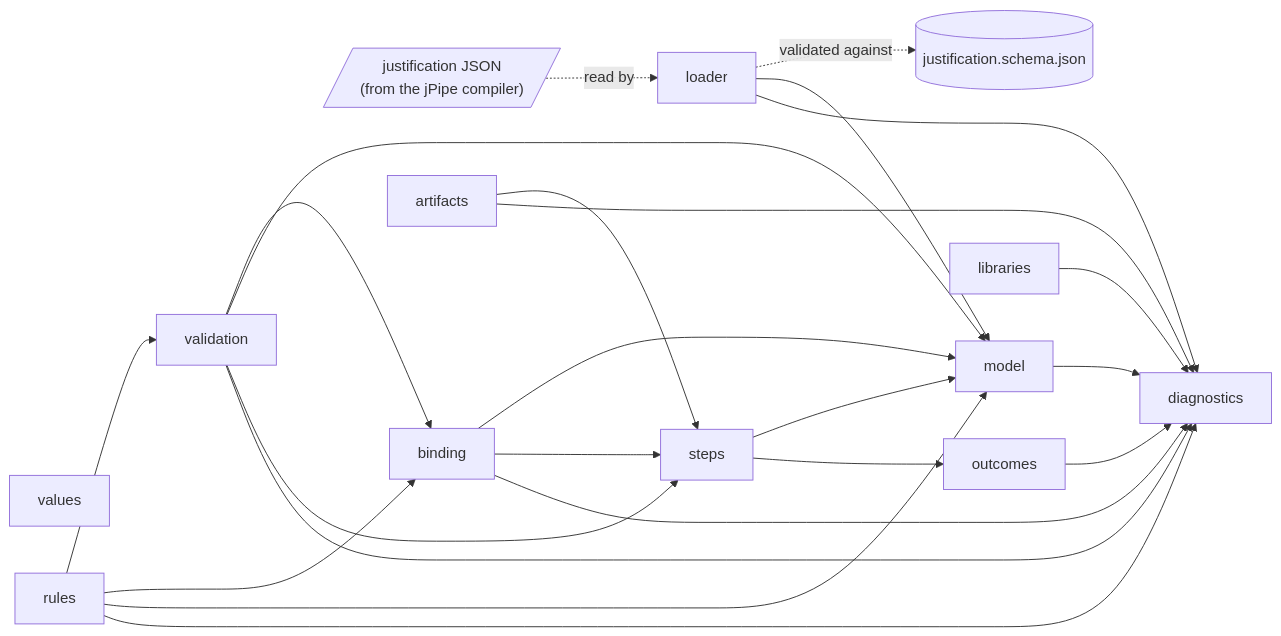
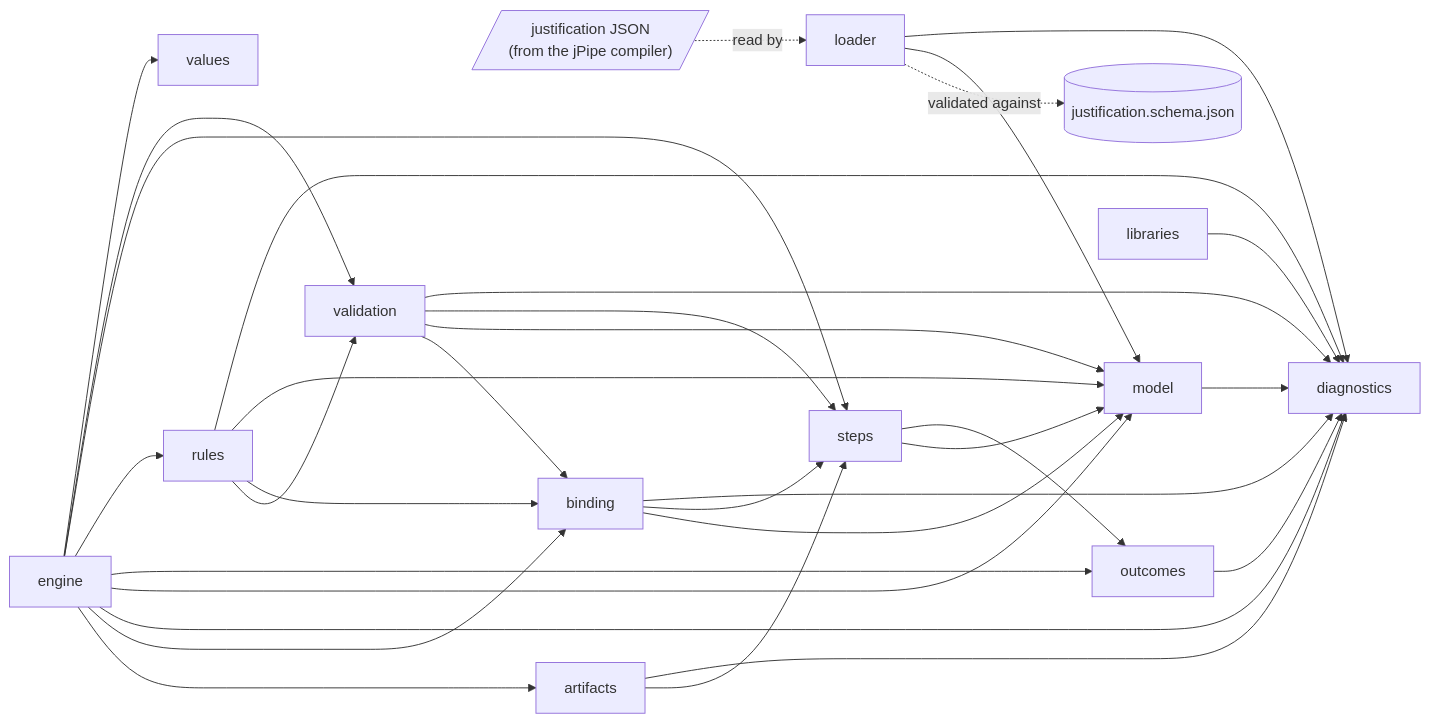
One commit to jpipe-mcscert/jpipe-runner changed the first of 2 diagrams in docs/design.md. Above: the diagram before and after it, drawn with Mermaid. The commit also changed other lines of this file and 20 other files, not shown here.

````diff
--- a/docs/design.md
+++ b/docs/design.md
@@ -8,29 +8,38 @@
 ```mermaid
 flowchart LR
     json[/"justification JSON<br>(from the jPipe compiler)"/]
     schema[("justification.schema.json")]
 
     json -.->|read by| loader
     loader -.->|validated against| schema
     loader --> model
     loader --> diagnostics
     model --> diagnostics
     outcomes --> diagnostics
     steps --> model
     steps --> outcomes
     values[values]
     binding --> model
     binding --> steps
     binding --> diagnostics
     validation --> binding
     validation --> model
     validation --> steps
     validation --> diagnostics
     rules --> validation
     rules --> binding
     rules --> model
     rules --> diagnostics
     artifacts --> steps
     artifacts --> diagnostics
     libraries --> diagnostics
+    engine --> artifacts
+    engine --> binding
+    engine --> diagnostics
+    engine --> model
+    engine --> outcomes
+    engine --> rules
+    engine --> steps
+    engine --> validation
+    engine --> values
 ```
````
